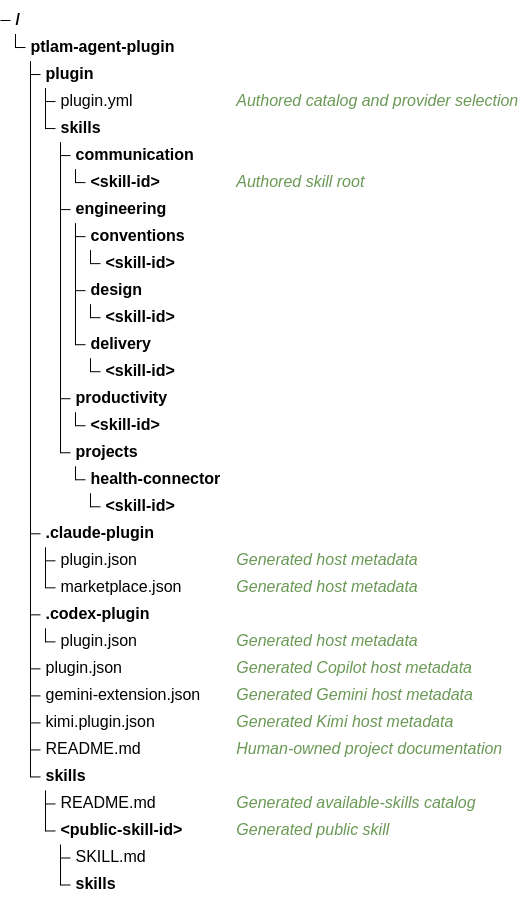
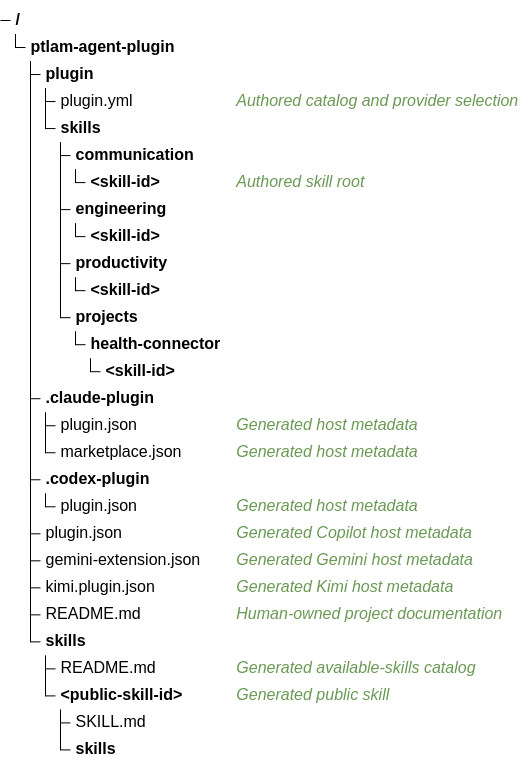
The diagram in docs/DEVELOPMENT.md (fam-tung-lam/ptlam-agent-plugin), drawn with Mermaid before and after one commit. The commit also changed 138 other files, not shown here.

````diff
--- a/docs/DEVELOPMENT.md
+++ b/docs/DEVELOPMENT.md
@@ -42,35 +42,30 @@
 ```mermaid
 treeView-beta
     ptlam-agent-plugin/
         plugin/
             plugin.yml ## Authored catalog and provider selection
             skills/
                 communication/
                     <skill-id>/ ## Authored skill root
                 engineering/
-                    conventions/
-                        <skill-id>/
-                    design/
-                        <skill-id>/
-                    delivery/
-                        <skill-id>/
+                    <skill-id>/
                 productivity/
                     <skill-id>/
                 projects/
                     health-connector/
                         <skill-id>/
         .claude-plugin/
             plugin.json ## Generated host metadata
             marketplace.json ## Generated host metadata
         .codex-plugin/
             plugin.json ## Generated host metadata
         plugin.json ## Generated Copilot host metadata
         gemini-extension.json ## Generated Gemini host metadata
         kimi.plugin.json ## Generated Kimi host metadata
         README.md ## Human-owned project documentation
         skills/
             README.md ## Generated available-skills catalog
             <public-skill-id>/ ## Generated public skill
                 SKILL.md
                 skills/
 ```
````
